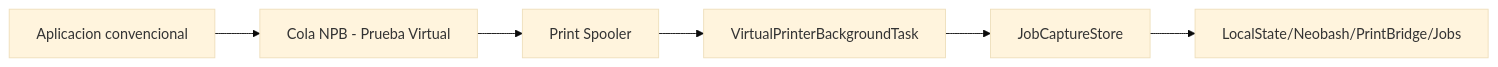
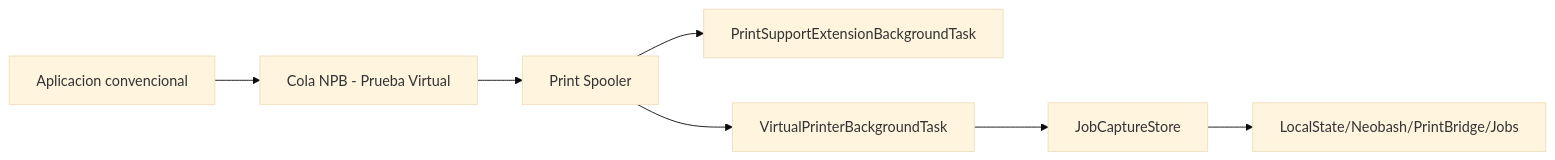
Before and after one commit to LoyaliZA/neobash-print-bridge: the diagram in docs/architecture.md, drawn with Mermaid (base theme). The commit also changed other lines of this file and 20 other files, not shown here.

````diff
--- a/docs/architecture.md
+++ b/docs/architecture.md
@@ -11,8 +11,9 @@
 ```mermaid
 flowchart LR
   appCliente[Aplicacion convencional] --> cola["Cola NPB - Prueba Virtual"]
   cola --> spooler[Print Spooler]
+  spooler --> extension[PrintSupportExtensionBackgroundTask]
   spooler --> tarea[VirtualPrinterBackgroundTask]
   tarea --> almacen[JobCaptureStore]
   almacen --> localState["LocalState/Neobash/PrintBridge/Jobs"]
 ```
````
